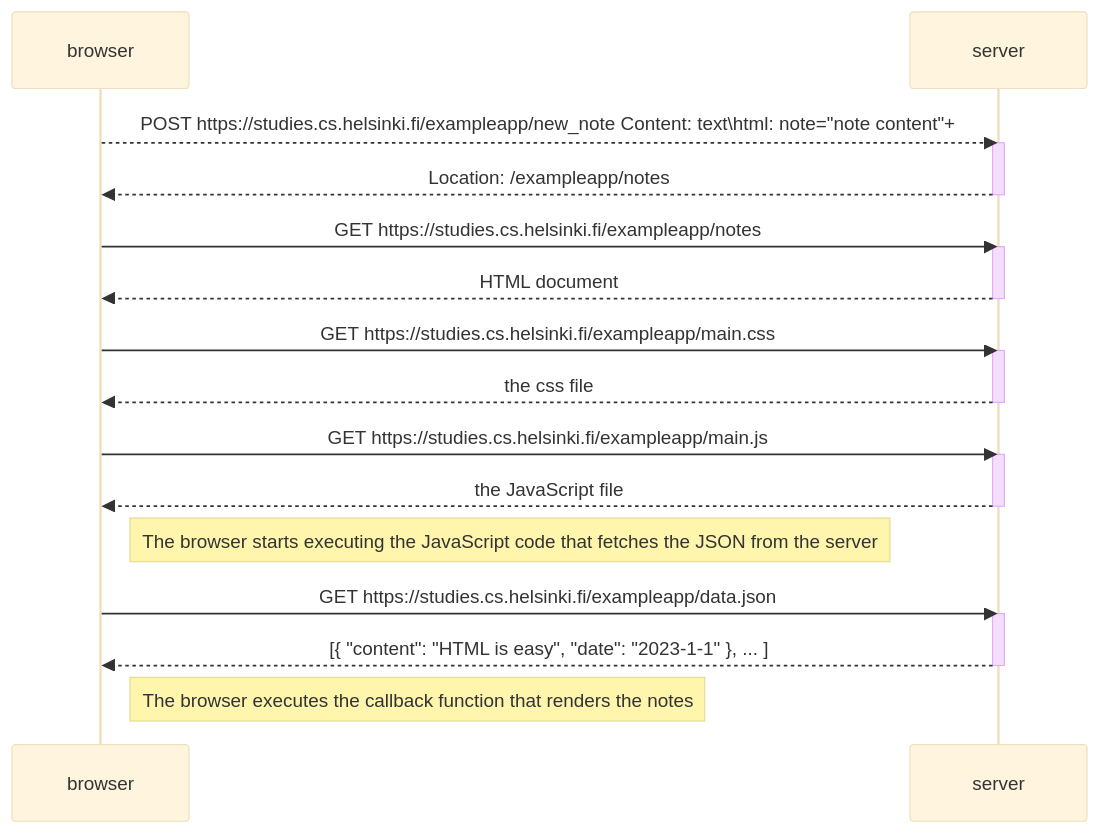
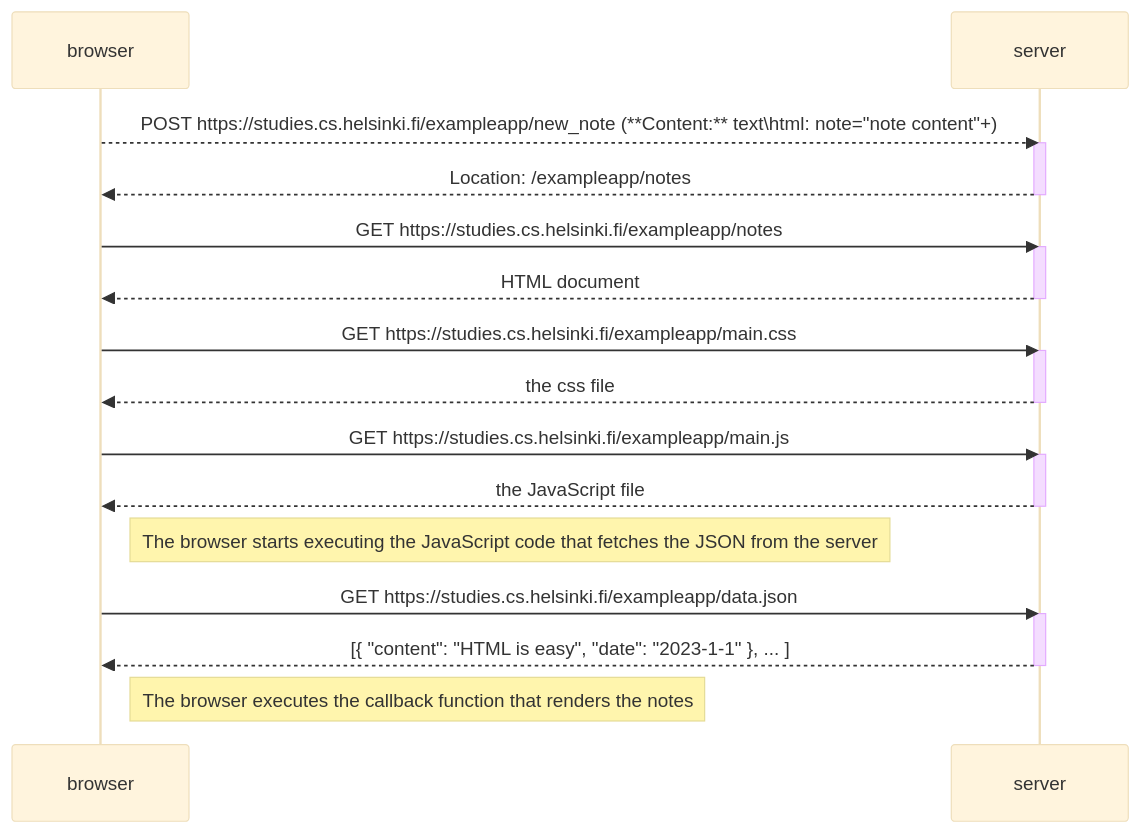
One commit to Gr701/intro changed the diagram in diagram.md. Above: the diagram before and after it, drawn with Mermaid (base theme).

````diff
--- a/diagram.md
+++ b/diagram.md
@@ -1,33 +1,33 @@
 ```mermaid
     sequenceDiagram
                 
-        browser-->>server: POST https://studies.cs.helsinki.fi/exampleapp/new_note                                 Content: text\html: note="note content"+
+        browser-->>server: POST https://studies.cs.helsinki.fi/exampleapp/new_note (**Content:** text\html: note="note content"+)
         activate server
         server-->>browser: Location: /exampleapp/notes
         deactivate server
 
         browser->>server: GET https://studies.cs.helsinki.fi/exampleapp/notes
         activate server
         server-->>browser: HTML document
         deactivate server
     
         browser->>server: GET https://studies.cs.helsinki.fi/exampleapp/main.css
         activate server
         server-->>browser: the css file
         deactivate server
     
         browser->>server: GET https://studies.cs.helsinki.fi/exampleapp/main.js
         activate server
         server-->>browser: the JavaScript file
         deactivate server
     
         Note right of browser: The browser starts executing the JavaScript code that fetches the JSON from the server
     
         browser->>server: GET https://studies.cs.helsinki.fi/exampleapp/data.json
         activate server
         server-->>browser: [{ "content": "HTML is easy", "date": "2023-1-1" }, ... ]
         deactivate server
     
         Note right of browser: The browser executes the callback function that renders the notes
                              
 ```
````
